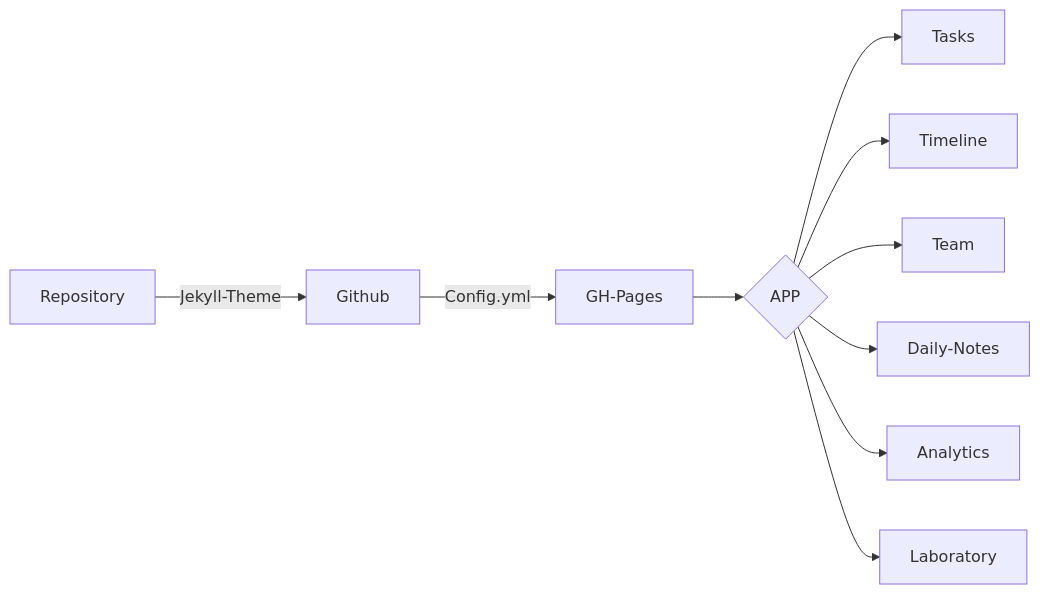
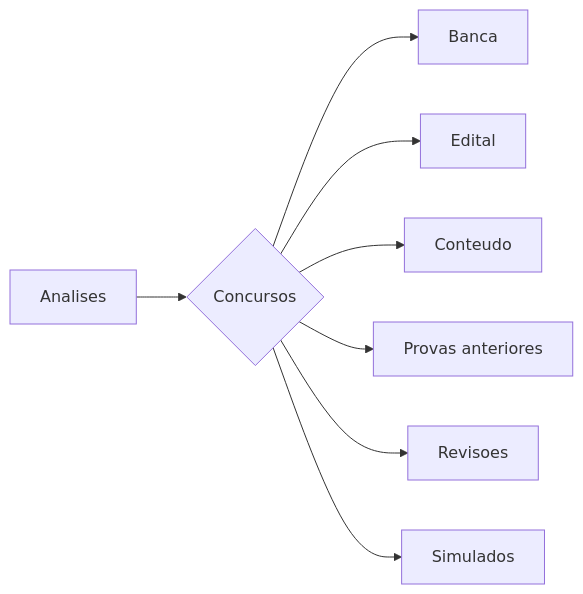
The diagram in concurso/CGU/readme.md (SauloCandeira/concursos), drawn with Mermaid before and after one commit. The commit also changed other lines of this file, not shown here.

````diff
--- a/concurso/CGU/readme.md
+++ b/concurso/CGU/readme.md
@@ -17,14 +22,14 @@
 ```mermaid
 flowchart LR
-X[Repository] -->|Jekyll-Theme| A[Jekyll]
-A[Github] -->|Config.yml| B[GH-Pages]
 
-B --> C{APP}
-C --> J[Tasks]
-C --> K[Timeline]
-C --> L[Team]
-C --> M[Daily-Notes]
-C --> N[Analytics]
-C --> O[Laboratory]
+B[Analises]
+
+B --> C{Concursos}
+C --> J[Banca]
+C --> K[Edital]
+C --> L[Conteudo]
+C --> O[Provas anteriores]
+C --> M[Revisoes]
+C --> N[Simulados]
 
 ```
````
